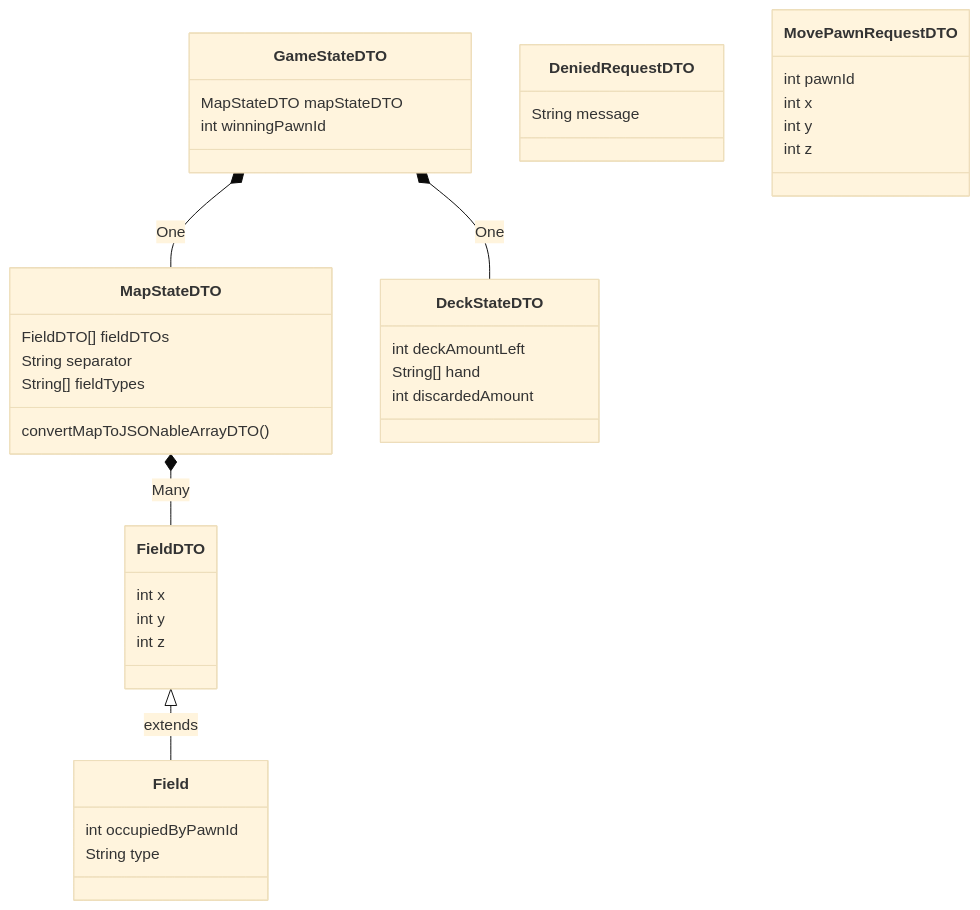
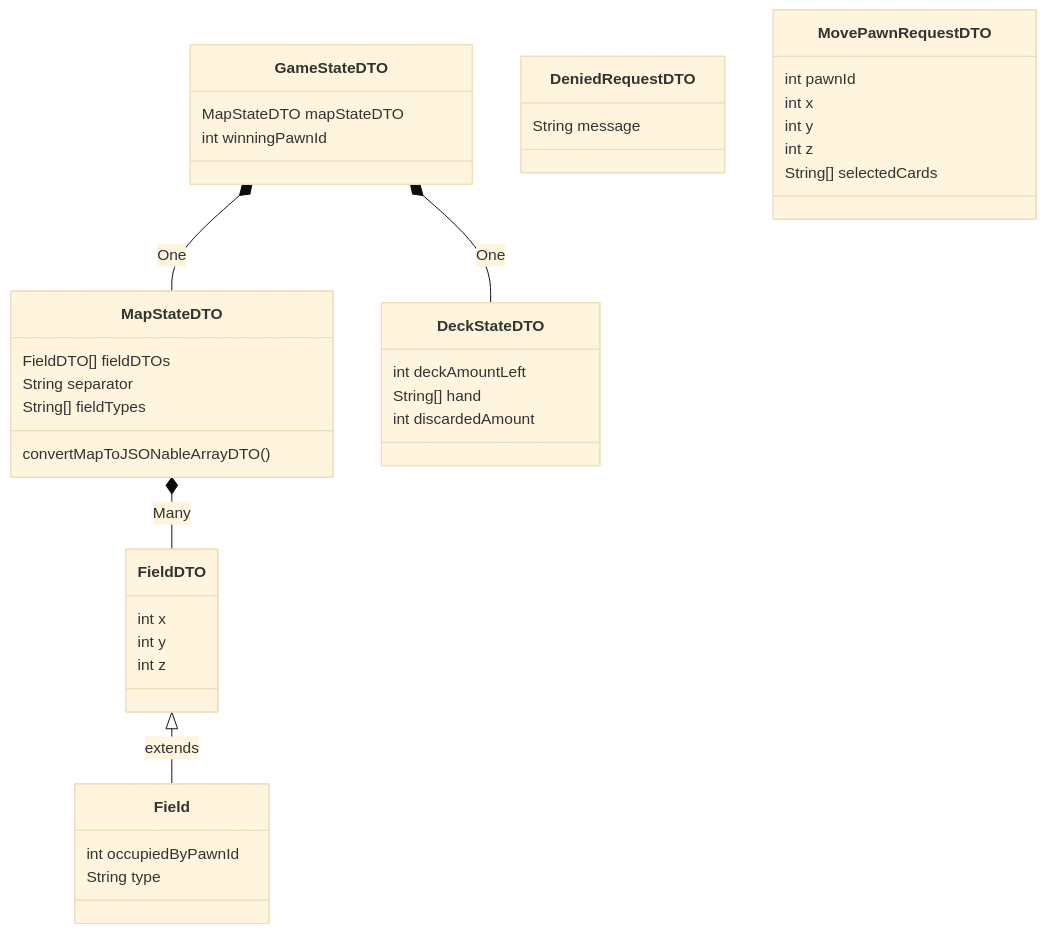
The eighth of 9 diagrams in ARCHITECTURE.md (stijnlinderman/eldorado), drawn with Mermaid (base theme) before and after one commit. The commit also changed other lines of this file, not shown here.

````diff
--- a/ARCHITECTURE.md
+++ b/ARCHITECTURE.md
@@ -194,28 +194,29 @@
 ```mermaid
 classDiagram
 	GameStateDTO *-- MapStateDTO : One
 	GameStateDTO *-- DeckStateDTO : One
 	GameStateDTO : MapStateDTO mapStateDTO
 	GameStateDTO : int winningPawnId
 	MapStateDTO *-- FieldDTO : Many
 	MapStateDTO : FieldDTO[] fieldDTOs
 	MapStateDTO : String separator
 	MapStateDTO : String[] fieldTypes
 	MapStateDTO : convertMapToJSONableArrayDTO()
 	FieldDTO : int x
 	FieldDTO : int y
 	FieldDTO : int z
 	FieldDTO <|-- Field : extends
 	DeckStateDTO : int deckAmountLeft
 	DeckStateDTO : String[] hand
 	DeckStateDTO : int discardedAmount
 	Field : int occupiedByPawnId
 	Field : String type
 	class DeniedRequestDTO
 	DeniedRequestDTO : String message
 	class MovePawnRequestDTO
 	MovePawnRequestDTO : int pawnId
 	MovePawnRequestDTO : int x
 	MovePawnRequestDTO : int y
 	MovePawnRequestDTO : int z
+	MovePawnRequestDTO : String[] selectedCards
 ```
````
